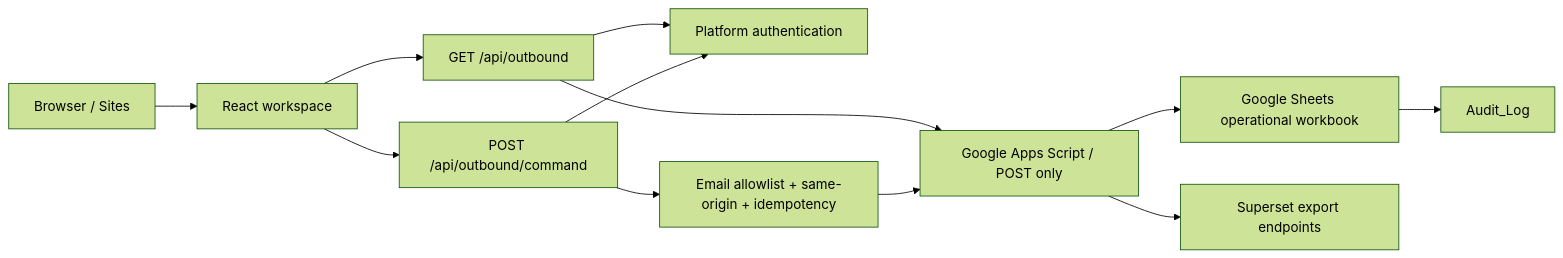
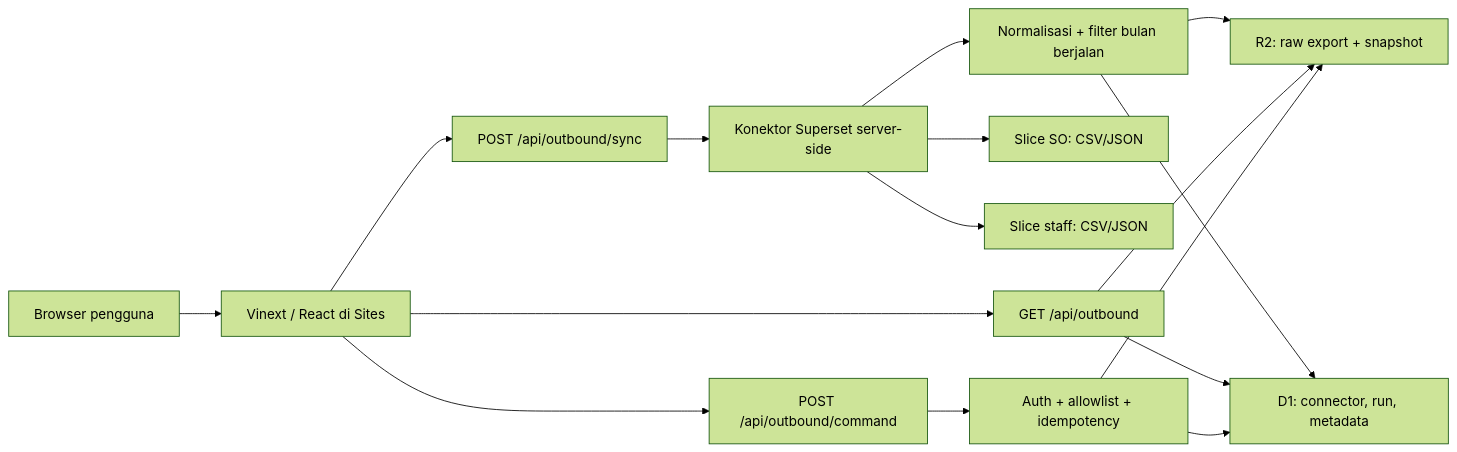
One commit to FIT-Developers-Team/outbound-operations-tower changed the diagram in README.md. Above: the diagram before and after it, drawn with Mermaid (forest theme). The commit also changed other lines of this file and 31 other files, not shown here.

````diff
--- a/README.md
+++ b/README.md
@@ -100,14 +23,18 @@
 ```mermaid
 flowchart LR
-    Browser["Browser / Sites"] --> UI["React workspace"]
-    UI --> Read["GET /api/outbound"]
-    UI --> Command["POST /api/outbound/command"]
-    Read --> Auth["Platform authentication"]
-    Command --> Auth
-    Command --> RBAC["Email allowlist + same-origin + idempotency"]
-    Read --> GAS["Google Apps Script / POST only"]
-    RBAC --> GAS
-    GAS --> Sheets["Google Sheets operational workbook"]
-    GAS --> Superset["Superset export endpoints"]
-    Sheets --> Audit["Audit_Log"]
+    Browser["Browser pengguna"] --> App["Vinext / React di Sites"]
+    App --> Read["GET /api/outbound"]
+    App --> Sync["POST /api/outbound/sync"]
+    App --> Command["POST /api/outbound/command"]
+    Sync --> Connector["Konektor Superset server-side"]
+    Connector --> SO["Slice SO: CSV/JSON"]
+    Connector --> Staff["Slice staff: CSV/JSON"]
+    Connector --> Transform["Normalisasi + filter bulan berjalan"]
+    Transform --> R2["R2: raw export + snapshot"]
+    Transform --> D1["D1: connector, run, metadata"]
+    Read --> R2
+    Read --> D1
+    Command --> Guardrail["Auth + allowlist + idempotency"]
+    Guardrail --> R2
+    Guardrail --> D1
 ```
````
